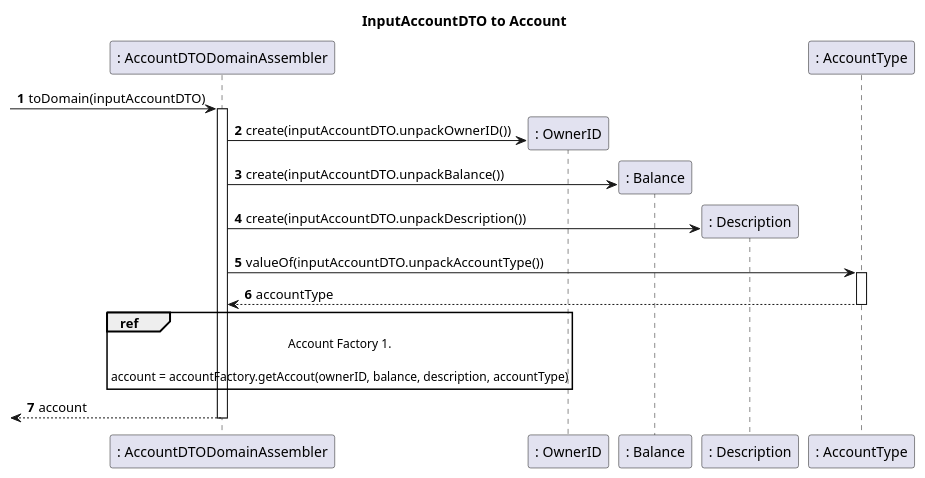
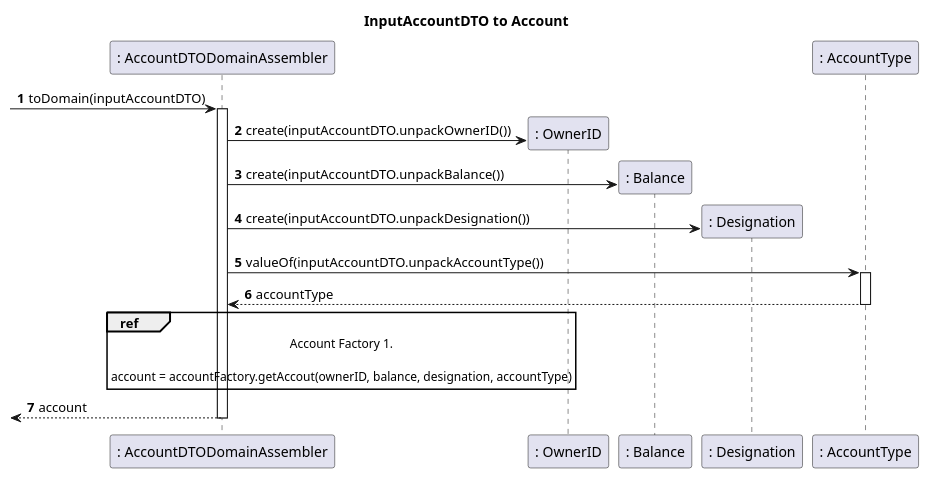
Before and after one commit to tomas-osswald/switch_2020_g3: the second of 5 diagrams in docs/sprint5/user_stories/US170,171,172,173.md, drawn with PlantUML. The commit also changed other lines of this file and 1 other file, not shown here.

Commit message:
update to documentation of account creation user stories

````diff
--- a/docs/sprint5/user_stories/US170,171,172,173.md
+++ b/docs/sprint5/user_stories/US170,171,172,173.md
@@ -237,32 +227,32 @@
 ```puml
 autonumber
 title InputAccountDTO to Account
 
 participant ": AccountDTODomainAssembler" as assembler
 participant ": OwnerID" as owner
 participant ": Balance" as balance
-participant ": Description" as description
+participant ": Designation" as designation
 participant ": AccountType" as type
 
 -> assembler : toDomain(inputAccountDTO)
 activate assembler
 
 assembler -> owner ** : create(inputAccountDTO.unpackOwnerID())
 
 assembler -> balance ** : create(inputAccountDTO.unpackBalance())
 
-assembler -> description ** : create(inputAccountDTO.unpackDescription())
+assembler -> designation ** : create(inputAccountDTO.unpackDesignation())
 
 assembler -> type : valueOf(inputAccountDTO.unpackAccountType())
 activate type
 return accountType
 
 ref over assembler
 Account Factory 1.
 
-account = accountFactory.getAccout(ownerID, balance, description, accountType)
+account = accountFactory.getAccout(ownerID, balance, designation, accountType)
 end
 
 return account
 
 ```
````
